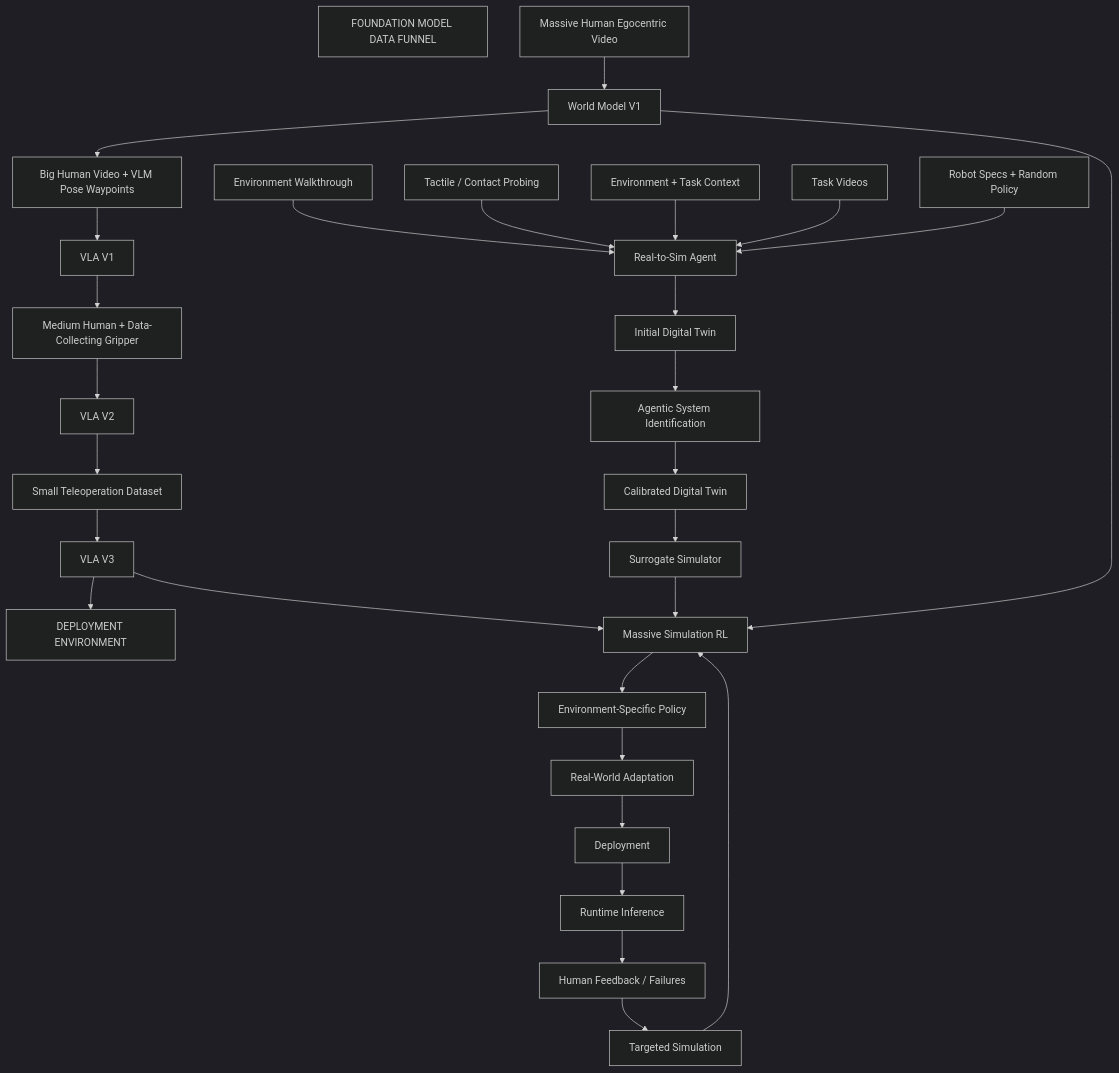
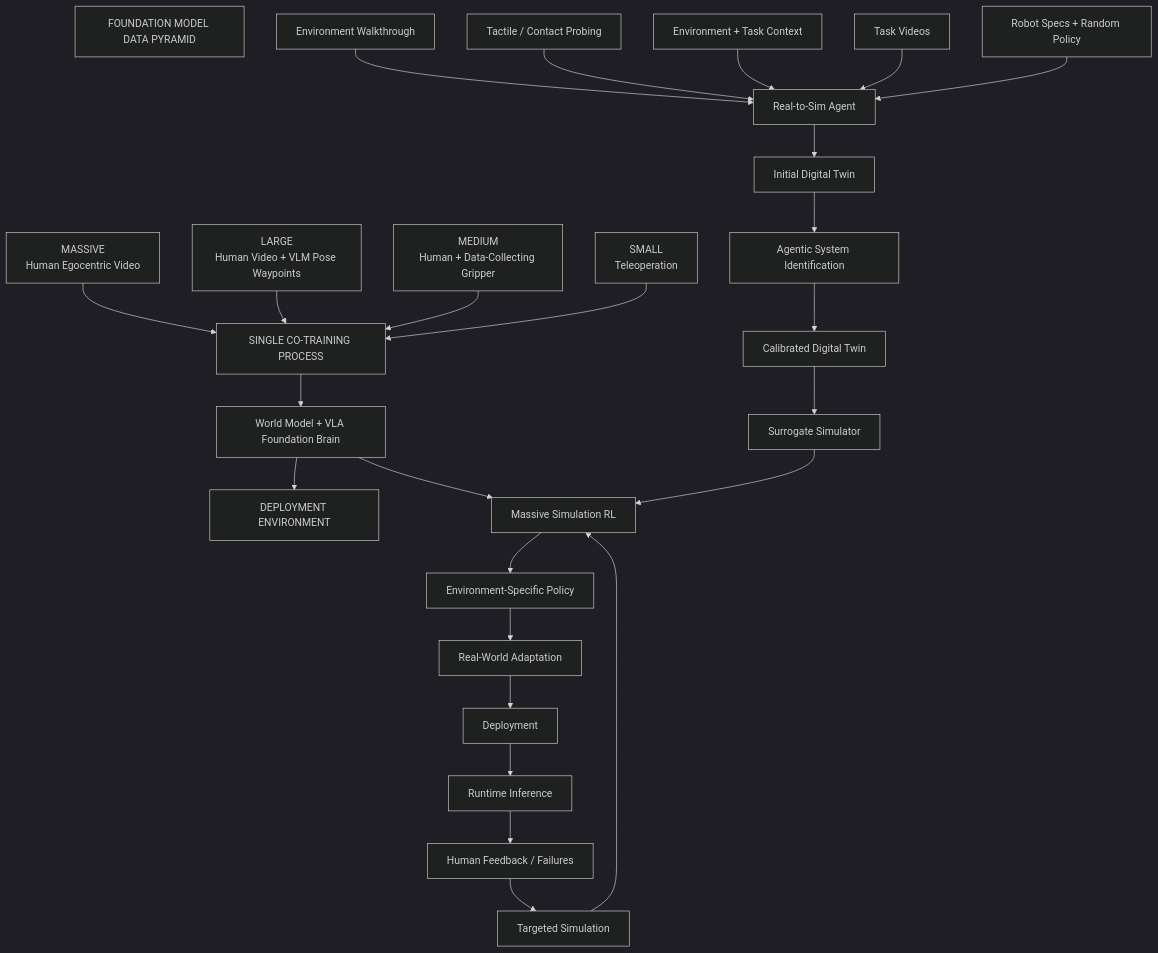
One commit to Freelunch-AI/freelunch-ide changed diagram 17 of 17 in docs/specs/post-demo/lunch_robotics.md. Above: the diagram before and after it, drawn with Mermaid (dark theme). The commit also changed other lines of this file, not shown here.

First line of the commit message:
Enhance Foundation Model Data Funnel explanation

````diff
--- a/docs/specs/post-demo/lunch_robotics.md
+++ b/docs/specs/post-demo/lunch_robotics.md
@@ -985,45 +1273,44 @@
 ```mermaid
 flowchart TD
-    A["FOUNDATION MODEL DATA FUNNEL"]
+    A["FOUNDATION MODEL DATA PYRAMID"]
 
-    A1["Massive Human Egocentric Video"]
-    --> A2["World Model V1"]
+    A1["MASSIVE<br/>Human Egocentric Video"]
+    A2["LARGE<br/>Human Video + VLM Pose Waypoints"]
+    A3["MEDIUM<br/>Human + Data-Collecting Gripper"]
+    A4["SMALL<br/>Teleoperation"]
 
-    A2 --> A3["Big Human Video + VLM Pose Waypoints"]
-    A3 --> A4["VLA V1"]
+    A1 --> B["SINGLE CO-TRAINING PROCESS"]
+    A2 --> B
+    A3 --> B
+    A4 --> B
 
-    A4 --> A5["Medium Human + Data-Collecting Gripper"]
-    A5 --> A6["VLA V2"]
+    B --> C["World Model + VLA Foundation Brain"]
 
-    A6 --> A7["Small Teleoperation Dataset"]
-    A7 --> A8["VLA V3"]
+    C --> D["DEPLOYMENT ENVIRONMENT"]
 
-    A8 --> B["DEPLOYMENT ENVIRONMENT"]
+    D1["Environment Walkthrough"] --> D2["Real-to-Sim Agent"]
+    D3["Tactile / Contact Probing"] --> D2
+    D4["Environment + Task Context"] --> D2
+    D5["Task Videos"] --> D2
+    D6["Robot Specs + Random Policy"] --> D2
 
-    B1["Environment Walkthrough"] --> B2["Real-to-Sim Agent"]
-    B3["Tactile / Contact Probing"] --> B2
-    B4["Environment + Task Context"] --> B2
-    B5["Task Videos"] --> B2
-    B6["Robot Specs + Random Policy"] --> B2
+    D2 --> E["Initial Digital Twin"]
+    E --> F["Agentic System Identification"]
+    F --> G["Calibrated Digital Twin"]
 
-    B2 --> C["Initial Digital Twin"]
-    C --> D["Agentic System Identification"]
-    D --> E["Calibrated Digital Twin"]
+    G --> H["Surrogate Simulator"]
+    H --> I["Massive Simulation RL"]
 
-    E --> F["Surrogate Simulator"]
-    F --> G["Massive Simulation RL"]
+    C --> I
 
-    A8 --> G
-    A2 --> G
+    I --> J["Environment-Specific Policy"]
 
-    G --> H["Environment-Specific Policy"]
+    J --> K["Real-World Adaptation"]
+    K --> L["Deployment"]
 
-    H --> I["Real-World Adaptation"]
-    I --> J["Deployment"]
+    L --> M["Runtime Inference"]
+    M --> N["Human Feedback / Failures"]
 
-    J --> K["Runtime Inference"]
-    K --> L["Human Feedback / Failures"]
-
-    L --> M["Targeted Simulation"]
-    M --> G
+    N --> O["Targeted Simulation"]
+    O --> I
 ```
````
